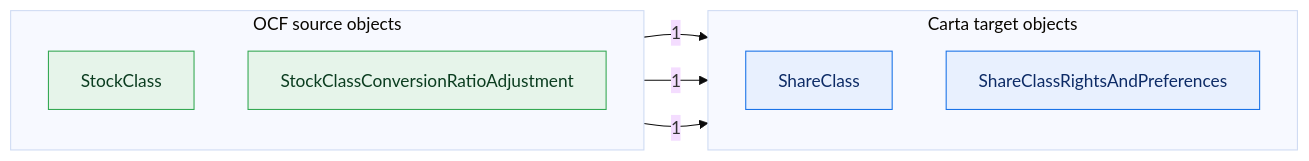
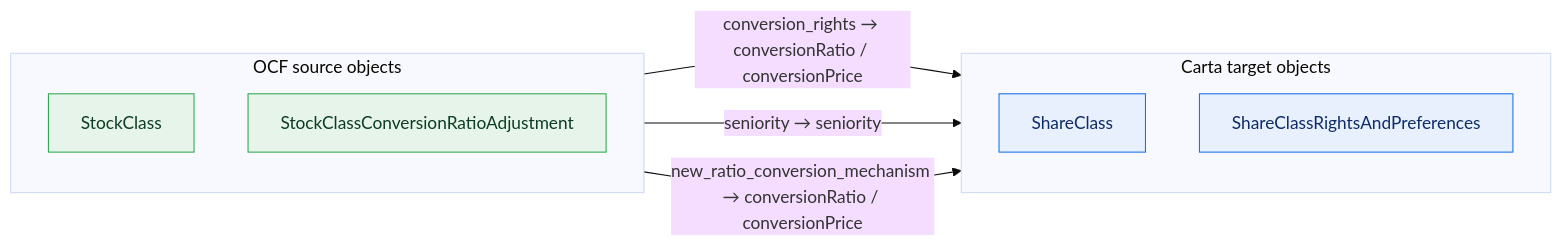
Before and after one commit to Open-Cap-Table-Coalition/OCF-Composed-Schemas: the fourth of 10 diagrams in core-rich/core-upstream.md, drawn with Mermaid (base theme). The commit also changed other lines of this file and 4 other files, not shown here.

First line of the commit message:
OCF Core: label loss-diagram edges with the property flowing

````diff
--- a/core-rich/core-upstream.md
+++ b/core-rich/core-upstream.md
@@ -85,20 +88,20 @@
 ```mermaid
 flowchart LR
   classDef adm fill:#e6f4ea,stroke:#34a853,color:#0b3d20;
   classDef notadm fill:#f1f3f4,stroke:#9aa0a6,color:#5f6368,stroke-dasharray:4 3;
   classDef carta fill:#e8f0fe,stroke:#1a73e8,color:#0d2b66;
   classDef sink fill:#fce8e6,stroke:#d93025,color:#5c0d06;
   subgraph SRC["OCF source objects"]
     direction TB
     o0["StockClass"]:::adm
     o1["StockClassConversionRatioAdjustment"]:::adm
   end
   subgraph TGT["Carta target objects"]
     direction TB
     t0["ShareClass"]:::carta
     t1["ShareClassRightsAndPreferences"]:::carta
   end
-  o0 -->|1| t1
-  o0 -->|1| t0
-  o1 -->|1| t1
+  o0 -->|"conversion_rights → conversionRatio / conversionPrice"| t1
+  o0 -->|"seniority → seniority"| t0
+  o1 -->|"new_ratio_conversion_mechanism → conversionRatio / conversionPrice"| t1
 ```
````
